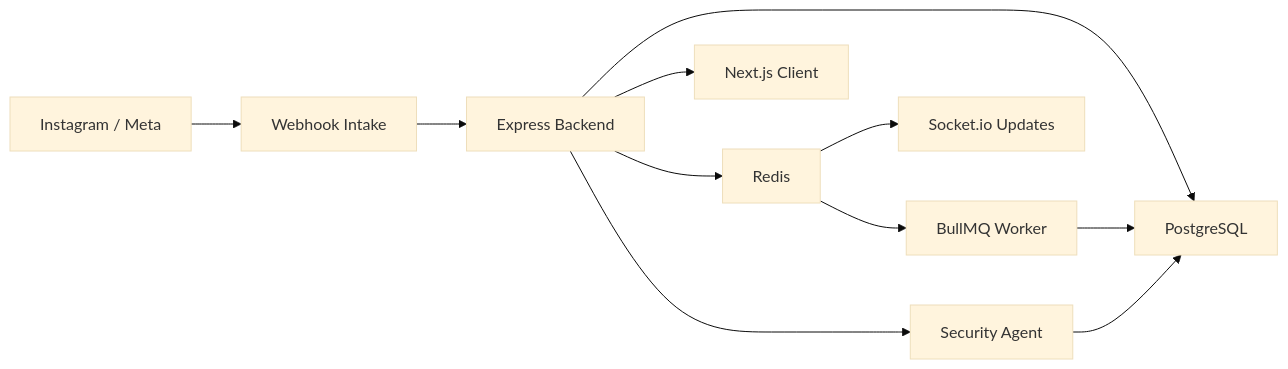
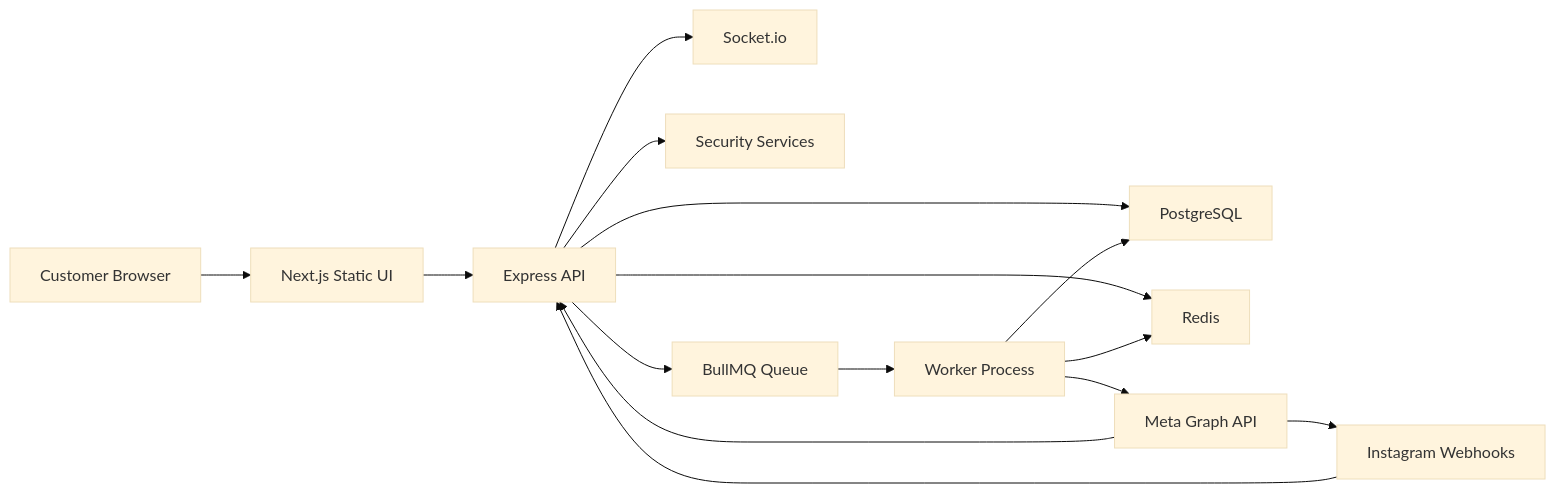
Before and after one commit to shyam-s9/GoLink-IG: the first of 2 diagrams in project_blueprint.md, drawn with Mermaid (base theme). The commit also changed other lines of this file and 51 other files, not shown here.

````diff
--- a/project_blueprint.md
+++ b/project_blueprint.md
@@ -50,13 +42,17 @@
 ```mermaid
 flowchart LR
-    A["Instagram / Meta"] --> B["Webhook Intake"]
-    B --> C["Express Backend"]
+    A["Customer Browser"] --> B["Next.js Static UI"]
+    B --> C["Express API"]
     C --> D["PostgreSQL"]
     C --> E["Redis"]
-    E --> F["BullMQ Worker"]
-    F --> D
-    E --> G["Socket.io Updates"]
-    C --> H["Next.js Client"]
-    C --> I["Security Agent"]
+    C --> F["Socket.io"]
+    C --> G["Security Services"]
+    C --> H["BullMQ Queue"]
+    H --> I["Worker Process"]
     I --> D
+    I --> E
+    I --> J["Meta Graph API"]
+    J --> C
+    J --> K["Instagram Webhooks"]
+    K --> C
 ```
````
